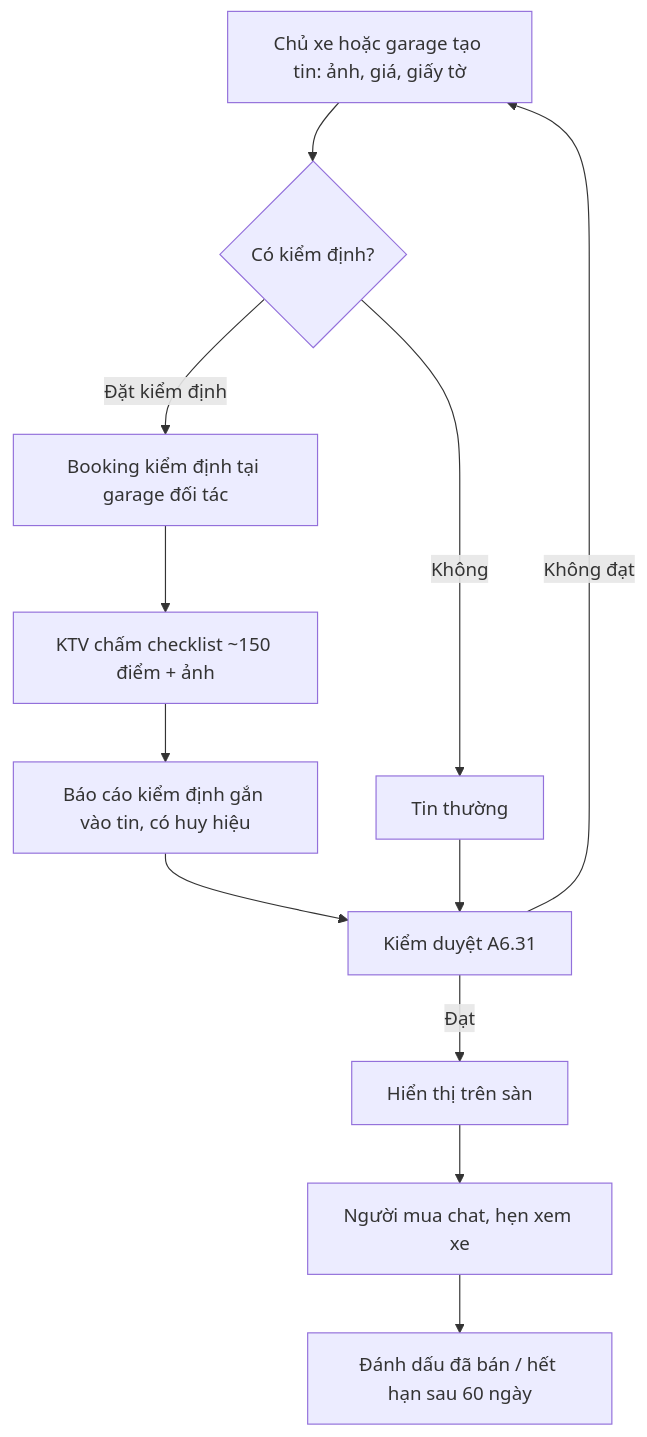
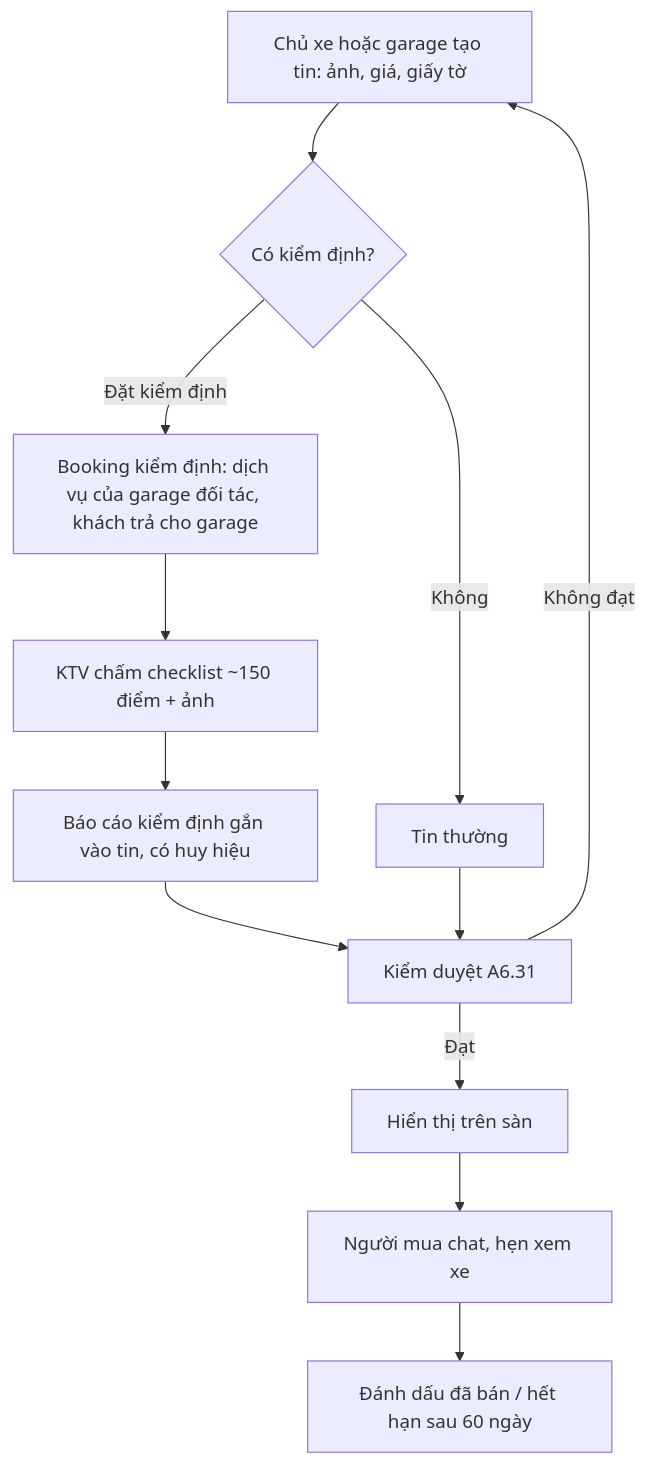
One commit to south93/cardiy-crm changed the eighth of 9 diagrams in docs/04-luong-nghiep-vu.md. Above: the diagram before and after it, drawn with Mermaid. The commit also changed other lines of this file and 9 other files, not shown here.

First line of the commit message:
Cập nhật đặc tả: sàn chỉ là trung gian, cứu hộ là dịch vụ của garage; thêm lộ trình

````diff
--- a/docs/04-luong-nghiep-vu.md
+++ b/docs/04-luong-nghiep-vu.md
@@ -212,13 +209,13 @@
 ```mermaid
 flowchart TB
   A["Chủ xe hoặc garage tạo tin: ảnh, giá, giấy tờ"] --> B{"Có kiểm định?"}
-  B -->|"Đặt kiểm định"| C["Booking kiểm định tại garage đối tác"]
+  B -->|"Đặt kiểm định"| C["Booking kiểm định: dịch vụ của garage đối tác, khách trả cho garage"]
   C --> D["KTV chấm checklist ~150 điểm + ảnh"]
   D --> E["Báo cáo kiểm định gắn vào tin, có huy hiệu"]
   B -->|"Không"| F["Tin thường"]
   E & F --> G["Kiểm duyệt A6.31"]
   G -->|"Đạt"| H["Hiển thị trên sàn"]
   G -->|"Không đạt"| A
   H --> I["Người mua chat, hẹn xem xe"]
   I --> J["Đánh dấu đã bán / hết hạn sau 60 ngày"]
 ```
````
